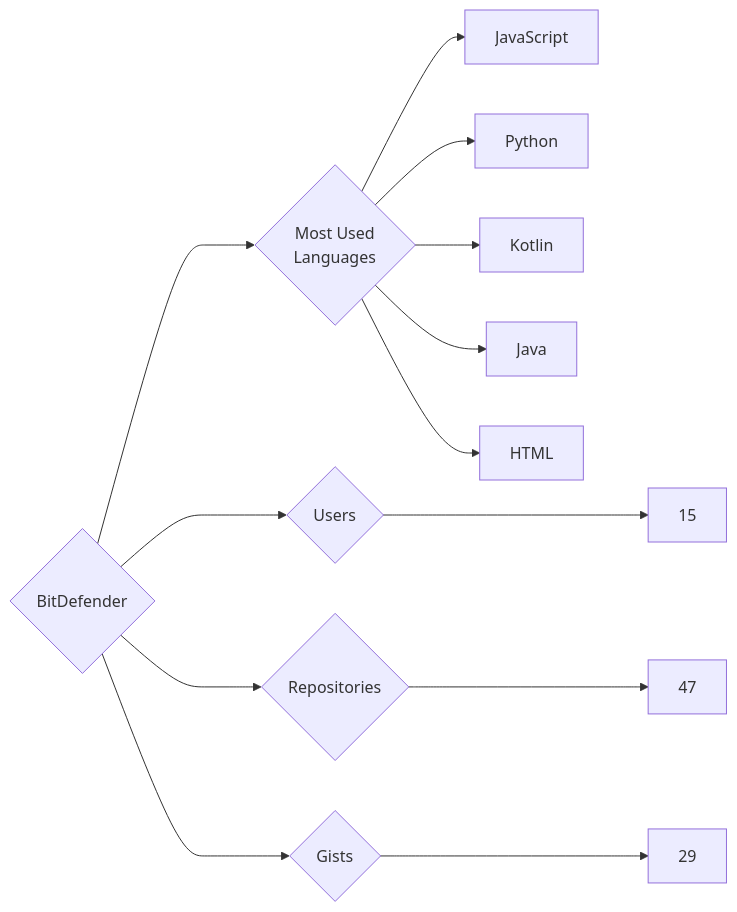
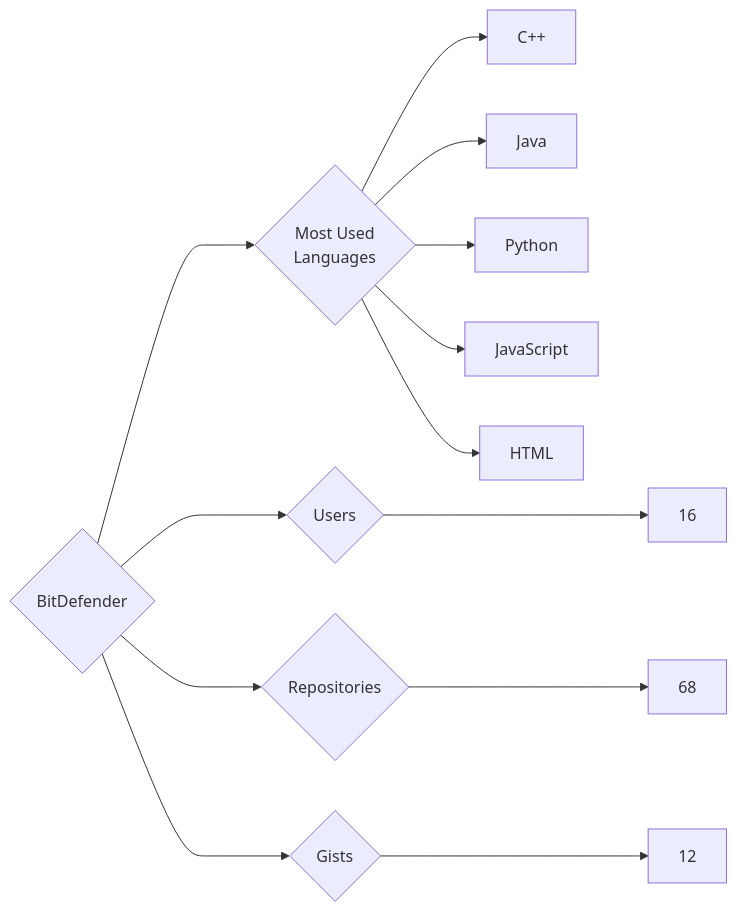
Before and after one commit to trickest/insiders: the diagram in targets/BitDefender/README.md, drawn with Mermaid. The commit also changed 757 other files, not shown here.

````diff
--- a/targets/BitDefender/README.md
+++ b/targets/BitDefender/README.md
@@ -3,13 +3,13 @@
 ```mermaid
 graph LR
 COMPANY_NAME{BitDefender}
-COMPANY_NAME ---> U{Users} ---> UN[15]
-COMPANY_NAME ---> R{Repositories} ---> RN[47]
-COMPANY_NAME ---> G{Gists} ---> GN[29]
+COMPANY_NAME ---> U{Users} ---> UN[16]
+COMPANY_NAME ---> R{Repositories} ---> RN[68]
+COMPANY_NAME ---> G{Gists} ---> GN[12]
 COMPANY_NAME ---> ML{Most Used<br>Languages}
+ML --> C++[C++]
+ML --> Java[Java]
+ML --> Python[Python]
 ML --> JavaScript[JavaScript]
-ML --> Python[Python]
-ML --> Kotlin[Kotlin]
-ML --> Java[Java]
 ML --> HTML[HTML]
 ```
````
